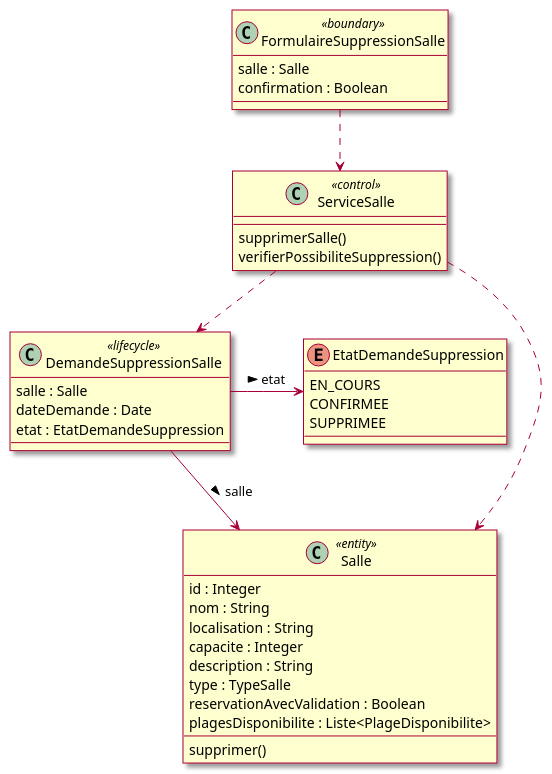
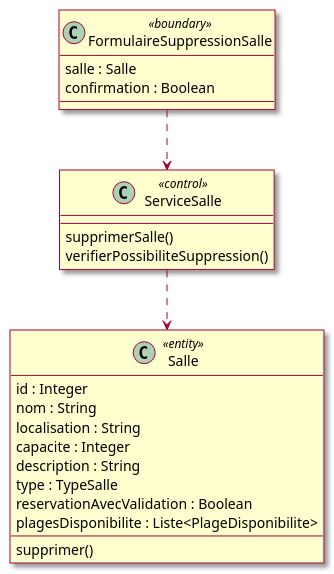
One commit to mrajaonson/glg204-room-management-system changed diagram 24 of 56 in docs/02-Analyse.md. Above: the diagram before and after it, drawn with PlantUML. The commit also changed other lines of this file and 2 other files, not shown here.

````diff
--- a/docs/02-Analyse.md
+++ b/docs/02-Analyse.md
@@ -879,47 +879,32 @@
 ```plantuml
 @startuml
 skin rose
 
 class FormulaireSuppressionSalle <<boundary>> {
   salle : Salle
   confirmation : Boolean
 }
 
 class ServiceSalle <<control>> {
   supprimerSalle()
   verifierPossibiliteSuppression()
 }
 
 class Salle <<entity>> {
   id : Integer
   nom : String
   localisation : String
   capacite : Integer
   description : String
   type : TypeSalle
   reservationAvecValidation : Boolean
   plagesDisponibilite : Liste<PlageDisponibilite>
 
   supprimer()
 }
 
-class DemandeSuppressionSalle <<lifecycle>> {
-  salle : Salle
-  dateDemande : Date
-  etat : EtatDemandeSuppression
-}
-
-enum EtatDemandeSuppression {
-  EN_COURS
-  CONFIRMEE
-  SUPPRIMEE
-}
-
 FormulaireSuppressionSalle ..> ServiceSalle
 ServiceSalle ..> Salle
-ServiceSalle ..> DemandeSuppressionSalle
-DemandeSuppressionSalle --> Salle : > salle
-DemandeSuppressionSalle -> EtatDemandeSuppression : > etat
 
 @enduml
 ```
````
